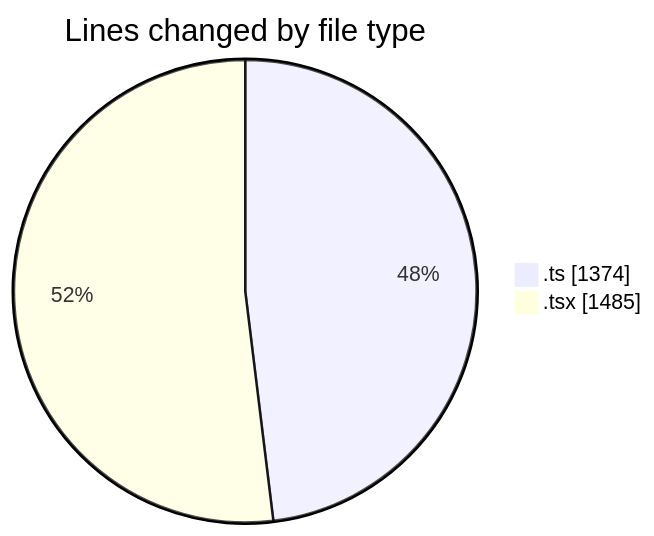
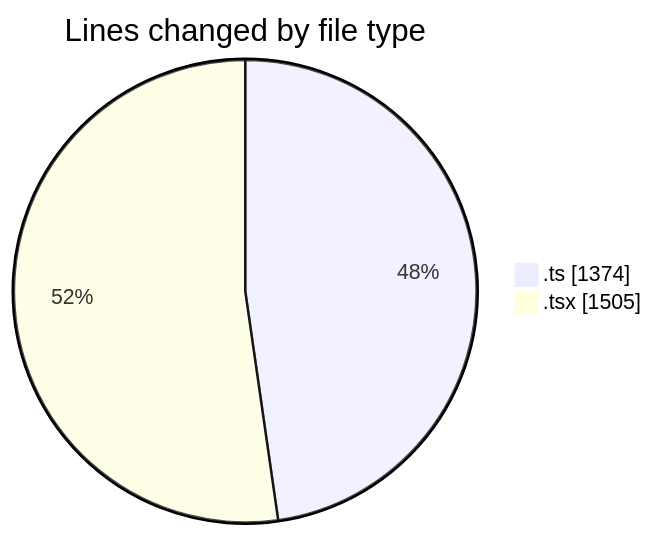
One commit to julien-gomy/code-tracking changed the first of 2 diagrams in 2025-10-23/eventscop-frontend-guide__workspace_/README.md. Above: the diagram before and after it, drawn with Mermaid. The commit also changed other lines of this file and 1 other file, not shown here.

````diff
--- a/2025-10-23/eventscop-frontend-guide__workspace_/README.md
+++ b/2025-10-23/eventscop-frontend-guide__workspace_/README.md
@@ -31,6 +31,6 @@
 ```mermaid
 pie showData
 title Lines changed by file type
 ".ts" : 1374
-".tsx" : 1485
+".tsx" : 1505
 ```
````
